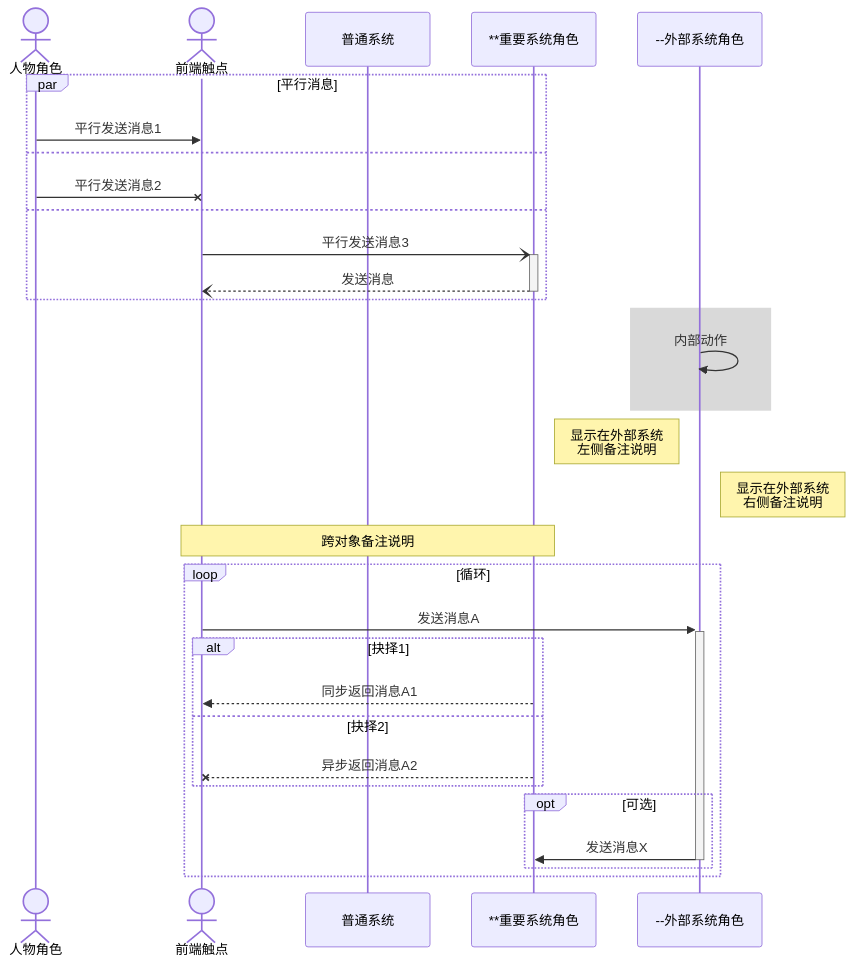
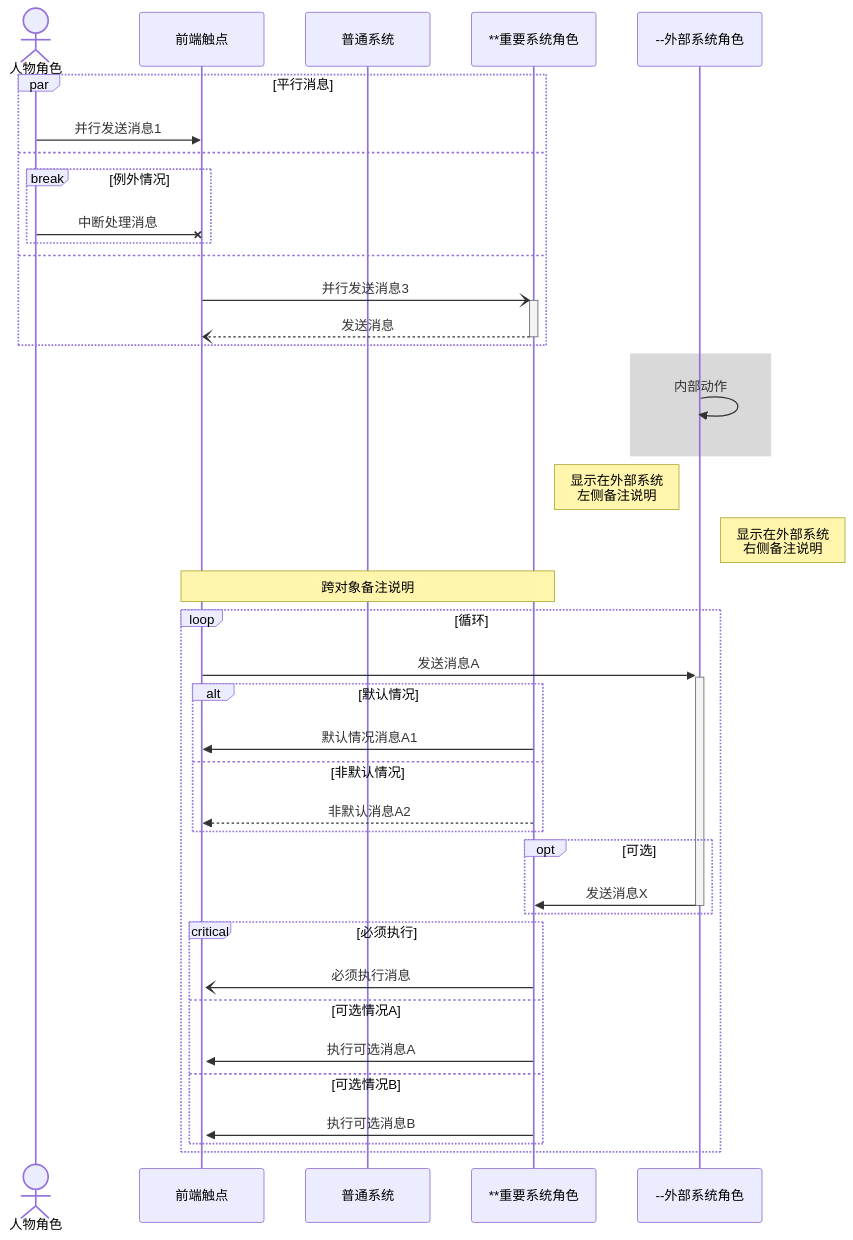
The fourth of 32 diagrams in released/samples/chart.md (MadMaxChow/VLOOK), drawn with Mermaid before and after one commit. The commit also changed other lines of this file and 273 other files, not shown here.

````diff
--- a/released/samples/chart.md
+++ b/released/samples/chart.md
@@ -252,39 +252,50 @@
 ```mermaid
 sequenceDiagram
 %% 设置显示消息的自动编号
 
 actor User as 人物角色
-actor Client as 前端触点
+participant Client as 前端触点
 participant MP as 普通系统
 participant Server as **重要系统角色
 participant Extend as --外部系统角色
 
 par 平行消息
-	User ->> Client: 平行发送消息1
+	User ->> Client: 并行发送消息1
 and
-	User -x Client: 平行发送消息2
+  break 例外情况
+    User -x Client: 中断处理消息
+  end
 and
-  Client -)+ Server: 平行发送消息3
+  Client -)+ Server: 并行发送消息3
   Server --)- Client: 发送消息
 end
 
 %% 设置区域高亮
 rect rgba(128, 128, 128, 0.3)
 	Extend ->> Extend: 内部动作
 end
 
 Note left of Extend: 显示在外部系统<br>左侧备注说明
 Note right of Extend: 显示在外部系统<br>右侧备注说明
 Note over Client,Server: 跨对象备注说明
 loop 循环
 	Client ->>+ Extend: 发送消息A
-	alt 抉择1
-		Server -->> Client: 同步返回消息A1
-	else 抉择2
-		Server --X Client: 异步返回消息A2
+	alt 默认情况
+		Server ->> Client: 默认情况消息A1
+	else 非默认情况
+		Server -->> Client: 非默认消息A2
 	end
+	
 	opt 可选
 		Extend ->>- Server: 发送消息X
 	end
+	
+	critical 必须执行
+    Server -)+ Client: 必须执行消息
+  option 可选情况A
+    Server ->> Client: 执行可选消息A
+  option 可选情况B
+    Server ->> Client: 执行可选消息B
+  end
 end
 ```
````
